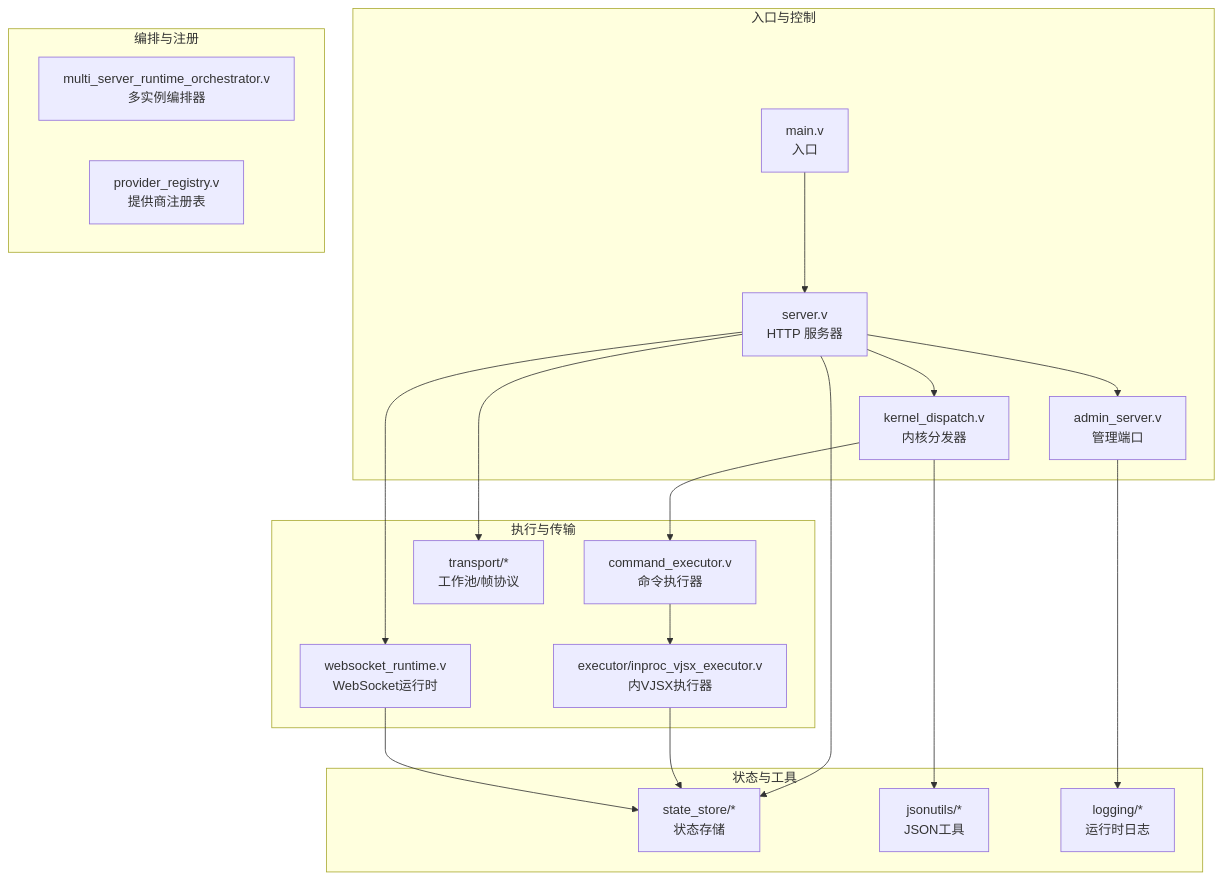
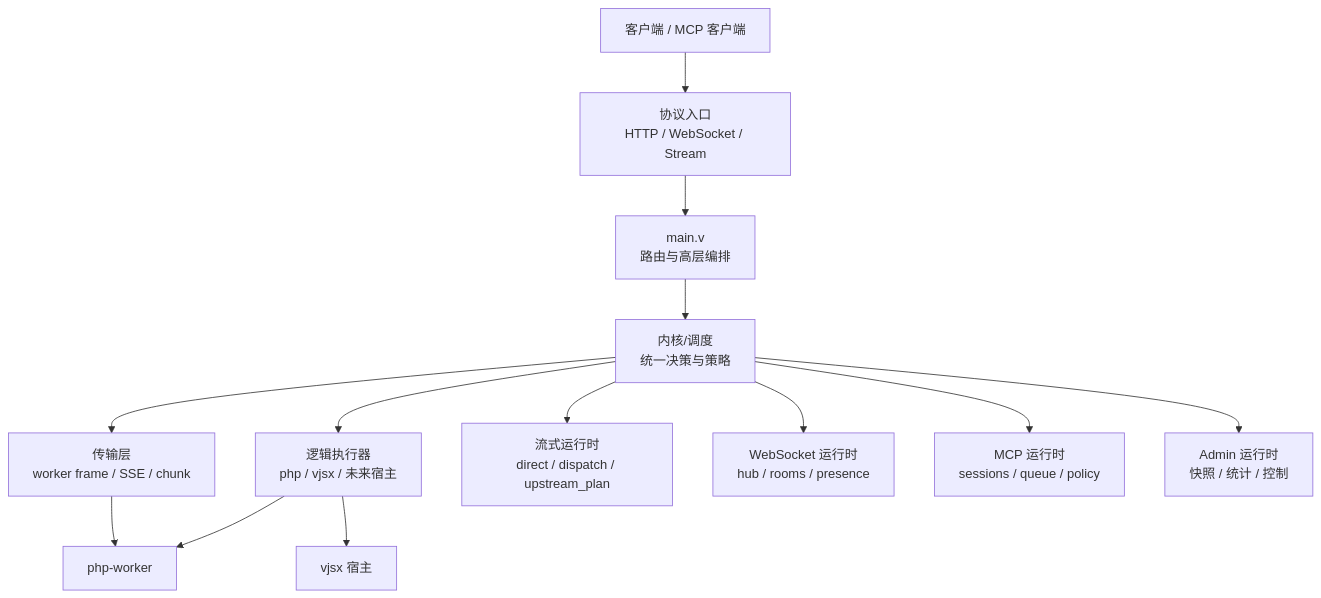
Before and after one commit to guweigang/vhttpd: the second of 4 diagrams in .qoder/repowiki/zh/content/开发指南/开发指南.md, drawn with Mermaid. The commit also changed other lines of this file and 697 other files, not shown here.

````diff
--- a/.qoder/repowiki/zh/content/开发指南/开发指南.md
+++ b/.qoder/repowiki/zh/content/开发指南/开发指南.md
@@ -143,28 +86,15 @@
 ```mermaid
-graph TB
-subgraph "入口与控制"
-M["main.v<br/>入口"] --> S["server.v<br/>HTTP 服务器"]
-S --> K["kernel_dispatch.v<br/>内核分发器"]
-S --> A["admin_server.v<br/>管理端口"]
-end
-subgraph "执行与传输"
-K --> CE["command_executor.v<br/>命令执行器"]
-CE --> EX["executor/inproc_vjsx_executor.v<br/>内VJSX执行器"]
-S --> T["transport/*<br/>工作池/帧协议"]
-S --> WS["websocket_runtime.v<br/>WebSocket运行时"]
-end
-subgraph "编排与注册"
-ORCH["multi_server_runtime_orchestrator.v<br/>多实例编排器"]
-REG["provider_registry.v<br/>提供商注册表"]
-end
-subgraph "状态与工具"
-ST["state_store/*<br/>状态存储"]
-J["jsonutils/*<br/>JSON工具"]
-LG["logging/*<br/>运行时日志"]
-end
-A --> LG
-S --> ST
-K --> J
-EX --> ST
-WS --> ST
+flowchart TB
+Client["客户端 / MCP 客户端"] --> Ingress["协议入口<br/>HTTP / WebSocket / Stream"]
+Ingress --> Main["main.v<br/>路由与高层编排"]
+Main --> Kernel["内核/调度<br/>统一决策与策略"]
+Kernel --> Exec["逻辑执行器<br/>php / vjsx / 未来宿主"]
+Kernel --> Transport["传输层<br/>worker frame / SSE / chunk"]
+Kernel --> Stream["流式运行时<br/>direct / dispatch / upstream_plan"]
+Kernel --> Ws["WebSocket 运行时<br/>hub / rooms / presence"]
+Kernel --> Mcp["MCP 运行时<br/>sessions / queue / policy"]
+Kernel --> Admin["Admin 运行时<br/>快照 / 统计 / 控制"]
+Exec --> PhpWorker["php-worker"]
+Exec --> VjsxHost["vjsx 宿主"]
+Transport --> PhpWorker
 ```
````
